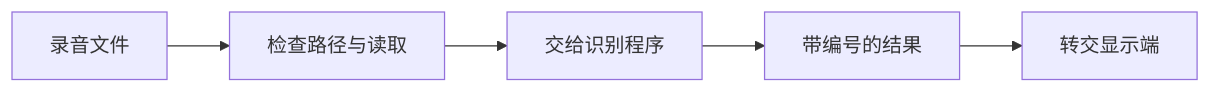
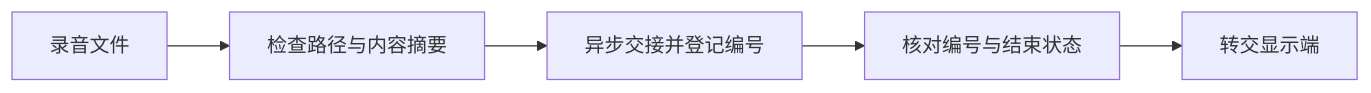
One commit to dreamcather726/ai-interaction-ui changed the first of 2 diagrams in docs/知识点/第二周/接口调用工程师｜第二周专业知识自学清单.md. Above: the diagram before and after it, drawn with Mermaid. The commit also changed other lines of this file and 3 other files, not shown here.

````diff
--- a/docs/知识点/第二周/接口调用工程师｜第二周专业知识自学清单.md
+++ b/docs/知识点/第二周/接口调用工程师｜第二周专业知识自学清单.md
@@ -9,7 +9,7 @@
 ```mermaid
 flowchart LR
-    A[录音文件] --> B[检查路径与读取]
-    B --> C[交给识别程序]
-    C --> D[带编号的结果]
+    A[录音文件] --> B[检查路径与内容摘要]
+    B --> C[异步交接并登记编号]
+    C --> D[核对编号与结束状态]
     D --> E[转交显示端]
 ```
````
